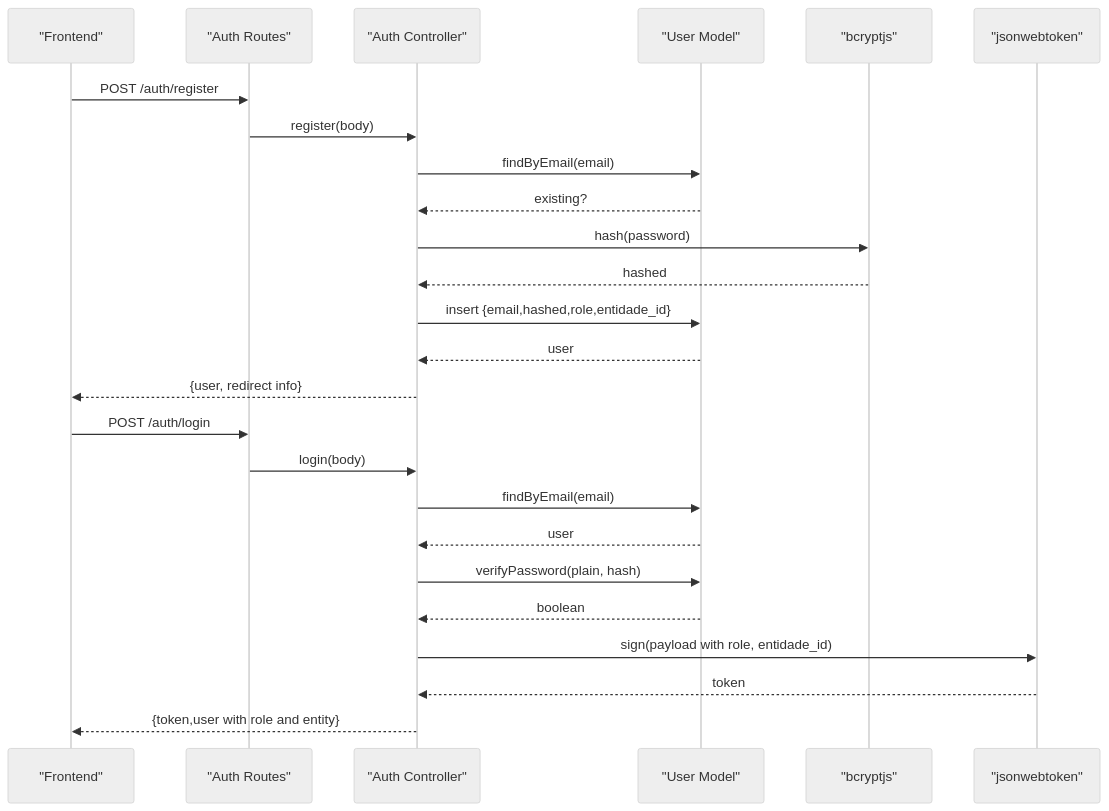
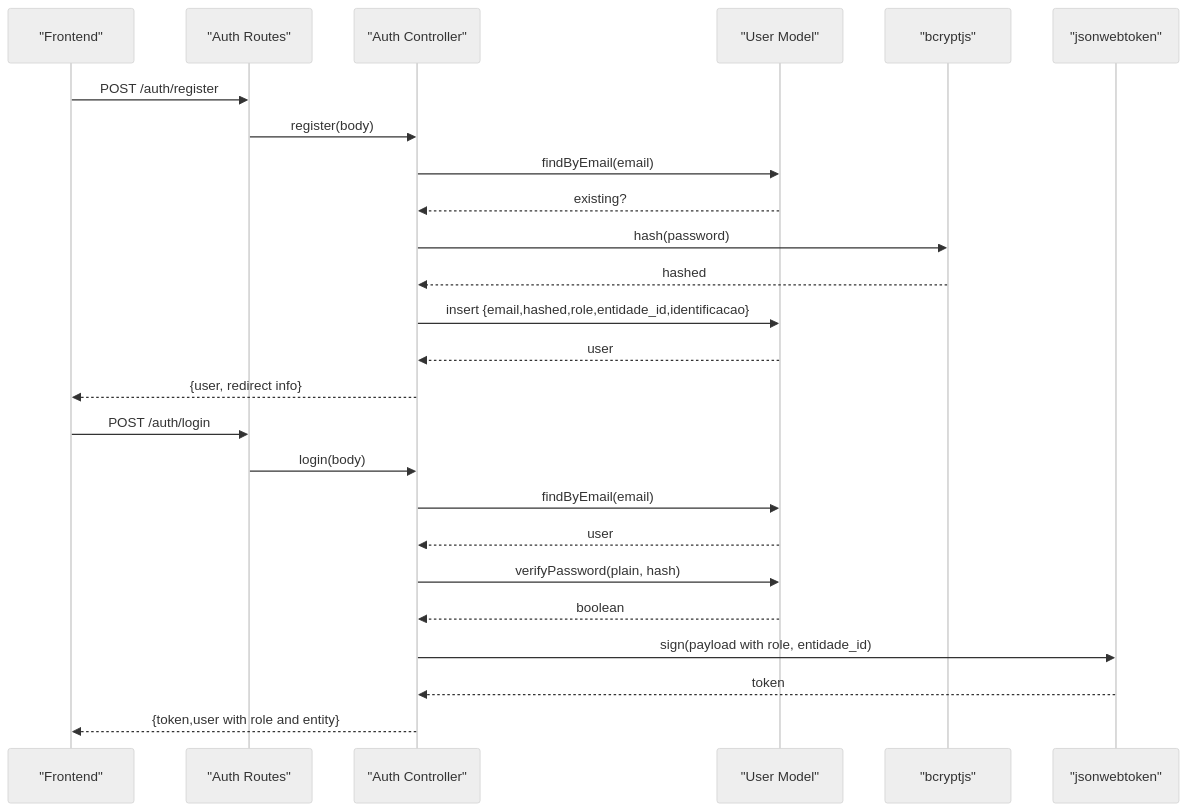
One commit to luiseduacosta/nodemural changed the sixth of 12 diagrams in .qoder/repowiki/en/content/Authentication & Authorization System/Authentication & Authorization System.md. Above: the diagram before and after it, drawn with Mermaid (neutral theme). The commit also changed other lines of this file and 16 other files, not shown here.

````diff
--- a/.qoder/repowiki/en/content/Authentication & Authorization System/Authentication & Authorization System.md
+++ b/.qoder/repowiki/en/content/Authentication & Authorization System/Authentication & Authorization System.md
@@ -359,27 +365,27 @@
 ```mermaid
 sequenceDiagram
 participant FE as "Frontend"
 participant AuthRoute as "Auth Routes"
 participant AuthCtrl as "Auth Controller"
 participant UserModel as "User Model"
 participant BC as "bcryptjs"
 participant JWT as "jsonwebtoken"
 FE->>AuthRoute : POST /auth/register
 AuthRoute->>AuthCtrl : register(body)
 AuthCtrl->>UserModel : findByEmail(email)
 UserModel-->>AuthCtrl : existing?
 AuthCtrl->>BC : hash(password)
 BC-->>AuthCtrl : hashed
-AuthCtrl->>UserModel : insert {email,hashed,role,entidade_id}
+AuthCtrl->>UserModel : insert {email,hashed,role,entidade_id,identificacao}
 UserModel-->>AuthCtrl : user
 AuthCtrl-->>FE : {user, redirect info}
 FE->>AuthRoute : POST /auth/login
 AuthRoute->>AuthCtrl : login(body)
 AuthCtrl->>UserModel : findByEmail(email)
 UserModel-->>AuthCtrl : user
 AuthCtrl->>UserModel : verifyPassword(plain, hash)
 UserModel-->>AuthCtrl : boolean
 AuthCtrl->>JWT : sign(payload with role, entidade_id)
 JWT-->>AuthCtrl : token
 AuthCtrl-->>FE : {token,user with role and entity}
 ```
````
